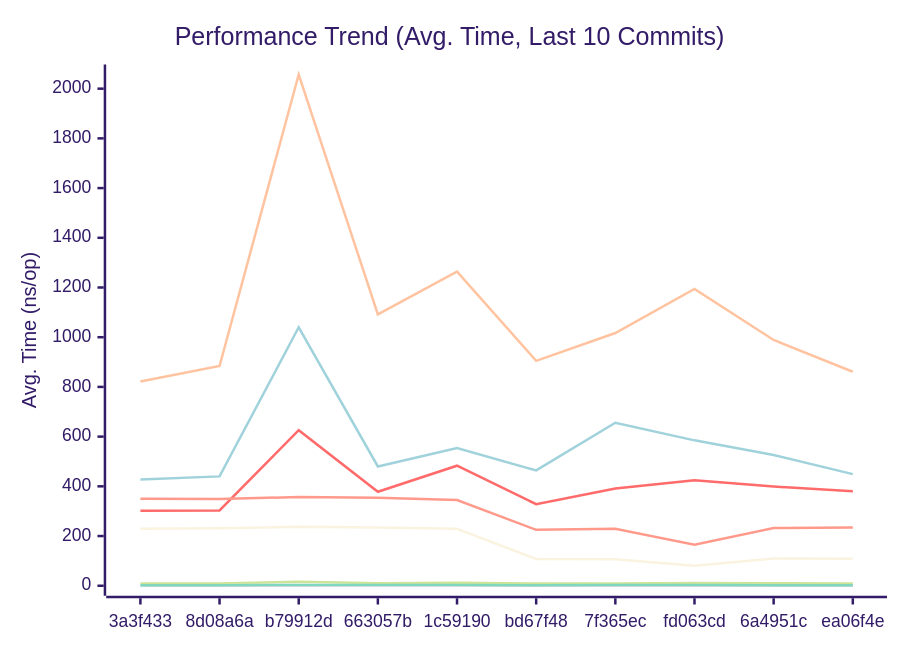
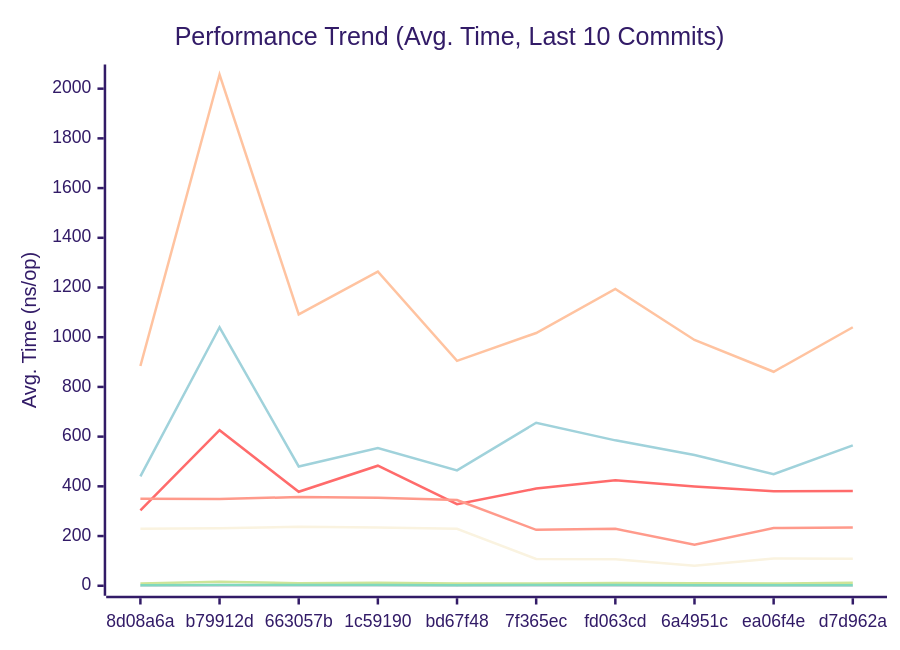
One commit to alsotoes/momo changed the first of 3 diagrams in docs/PERFORMANCE.md. Above: the diagram before and after it, drawn with Mermaid (forest theme). The commit also changed other lines of this file and 3 other files, not shown here.

````diff
--- a/docs/PERFORMANCE.md
+++ b/docs/PERFORMANCE.md
@@ -80,16 +80,16 @@
 ```mermaid
 xychart-beta
     title "Performance Trend (Avg. Time, Last 10 Commits)"
     x-axis "Commit"
     y-axis "Avg. Time (ns/op)"
-    x-axis [3a3f433,8d08a6a,b79912d,663057b,1c59190,bd67f48,7f365ec,fd063cd,6a4951c,ea06f4e]
-    line "CheckMetricsAndSwap" [9,9,16,10,12,9,9,11,10,9]
-    line "CrushOptimized" [302,303,626,378,483,328,391,424,399,380]
-    line "CrushOriginal" [427,440,1040,480,554,464,656,585,526,449]
-    line "IndexDirectTracking" [0,0,1,1,1,0,0,0,0,0]
-    line "IndexSearch" [2,2,3,2,2,2,2,2,2,2]
-    line "LoadGlobalConfig" [822,884,2057,1092,1264,905,1017,1194,989,861]
-    line "PadString" [2,2,3,3,3,2,3,3,2,2]
+    x-axis [8d08a6a,b79912d,663057b,1c59190,bd67f48,7f365ec,fd063cd,6a4951c,ea06f4e,d7d962a]
+    line "CheckMetricsAndSwap" [9,16,10,12,9,9,11,10,9,12]
+    line "CrushOptimized" [303,626,378,483,328,391,424,399,380,381]
+    line "CrushOriginal" [440,1040,480,554,464,656,585,526,449,565]
+    line "IndexDirectTracking" [0,1,1,1,0,0,0,0,0,0]
+    line "IndexSearch" [2,3,2,2,2,2,2,2,2,2]
+    line "LoadGlobalConfig" [884,2057,1092,1264,905,1017,1194,989,861,1040]
+    line "PadString" [2,3,3,3,2,3,3,2,2,2]
     line "ParseReplicationOrder_NoPrealloc" [350,349,357,354,345,225,229,165,232,234]
     line "ParseReplicationOrder_Prealloc" [229,231,237,234,229,108,107,80,110,109]
 ```
````
